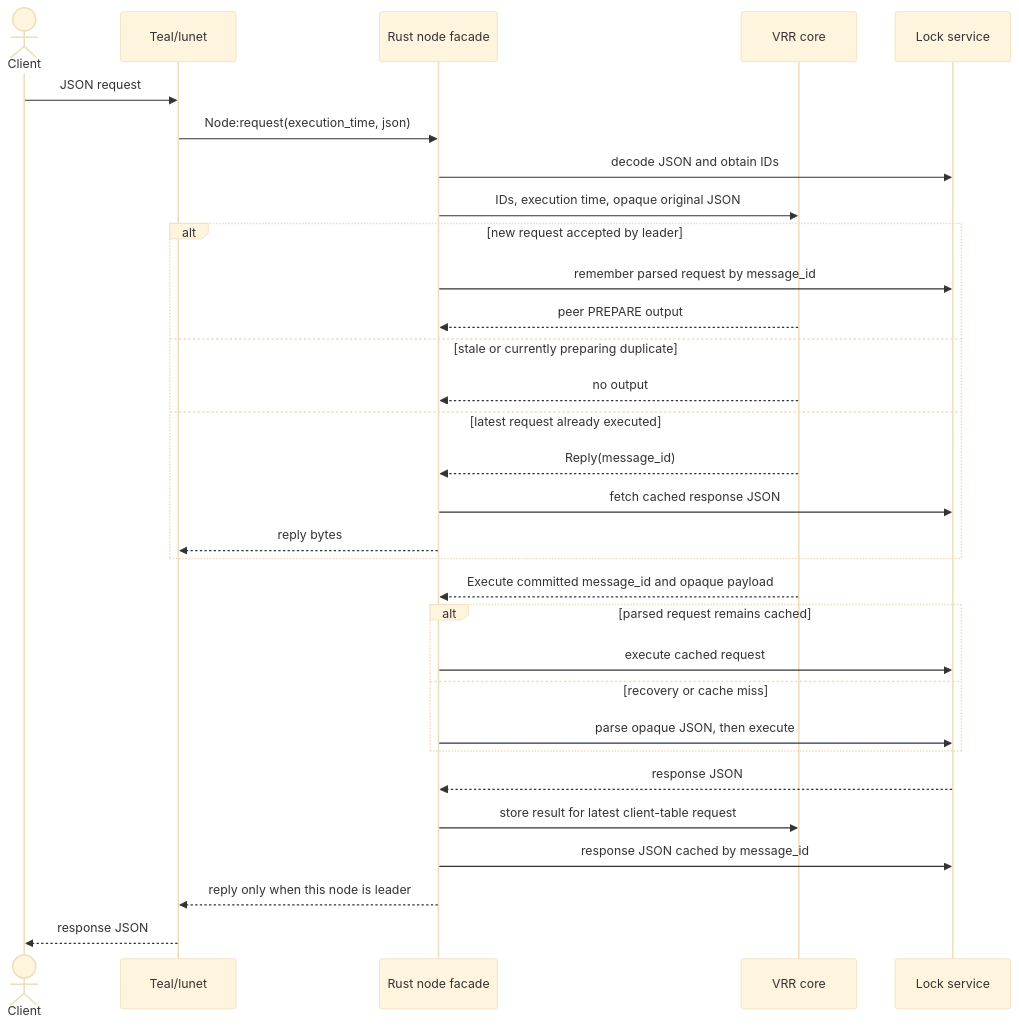
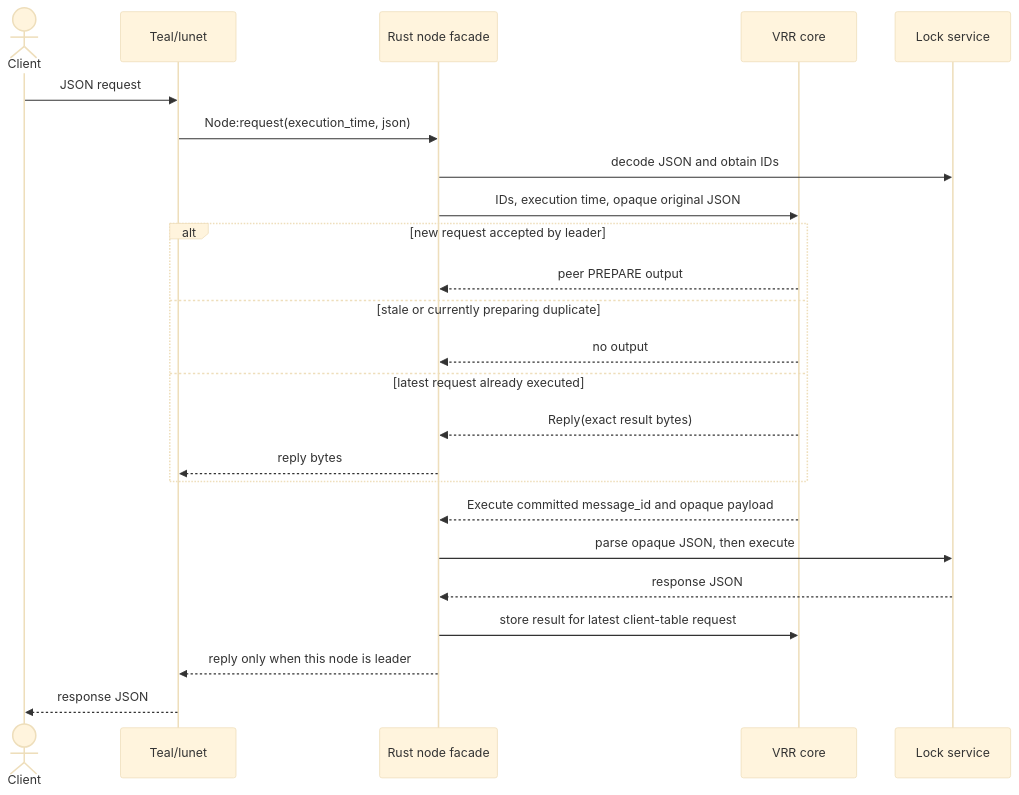
The diagram in docs/src/client-protocol.md (lua-lunet/lunet-locks), drawn with Mermaid (base theme) before and after one commit. The commit also changed other lines of this file and 32 other files, not shown here.

````diff
--- a/docs/src/client-protocol.md
+++ b/docs/src/client-protocol.md
@@ -107,35 +105,28 @@
 ```mermaid
 sequenceDiagram
     actor Client
     participant Teal as Teal/lunet
     participant Facade as Rust node facade
     participant VRR as VRR core
     participant Service as Lock service
 
     Client->>Teal: JSON request
     Teal->>Facade: Node:request(execution_time, json)
     Facade->>Service: decode JSON and obtain IDs
     Facade->>VRR: IDs, execution time, opaque original JSON
     alt new request accepted by leader
-        Facade->>Service: remember parsed request by message_id
         VRR-->>Facade: peer PREPARE output
     else stale or currently preparing duplicate
         VRR-->>Facade: no output
     else latest request already executed
-        VRR-->>Facade: Reply(message_id)
-        Facade->>Service: fetch cached response JSON
+        VRR-->>Facade: Reply(exact result bytes)
         Facade-->>Teal: reply bytes
     end
 
     VRR-->>Facade: Execute committed message_id and opaque payload
-    alt parsed request remains cached
-        Facade->>Service: execute cached request
-    else recovery or cache miss
-        Facade->>Service: parse opaque JSON, then execute
-    end
+    Facade->>Service: parse opaque JSON, then execute
     Service-->>Facade: response JSON
     Facade->>VRR: store result for latest client-table request
-    Facade->>Service: response JSON cached by message_id
     Facade-->>Teal: reply only when this node is leader
     Teal-->>Client: response JSON
 ```
````
